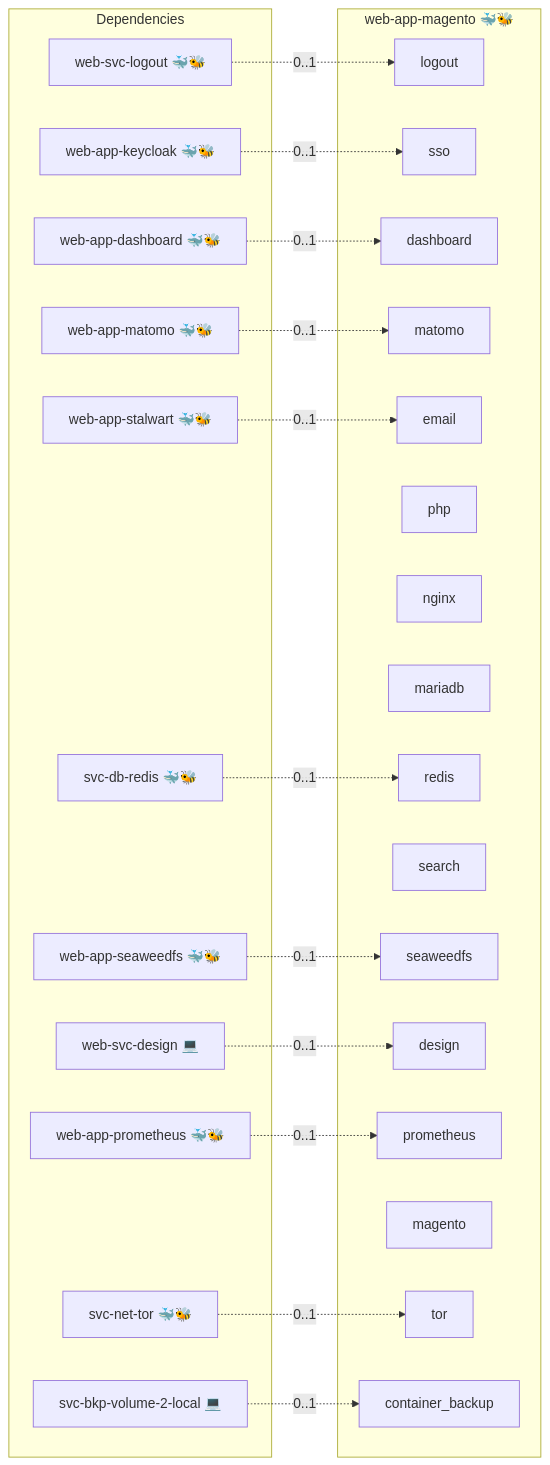
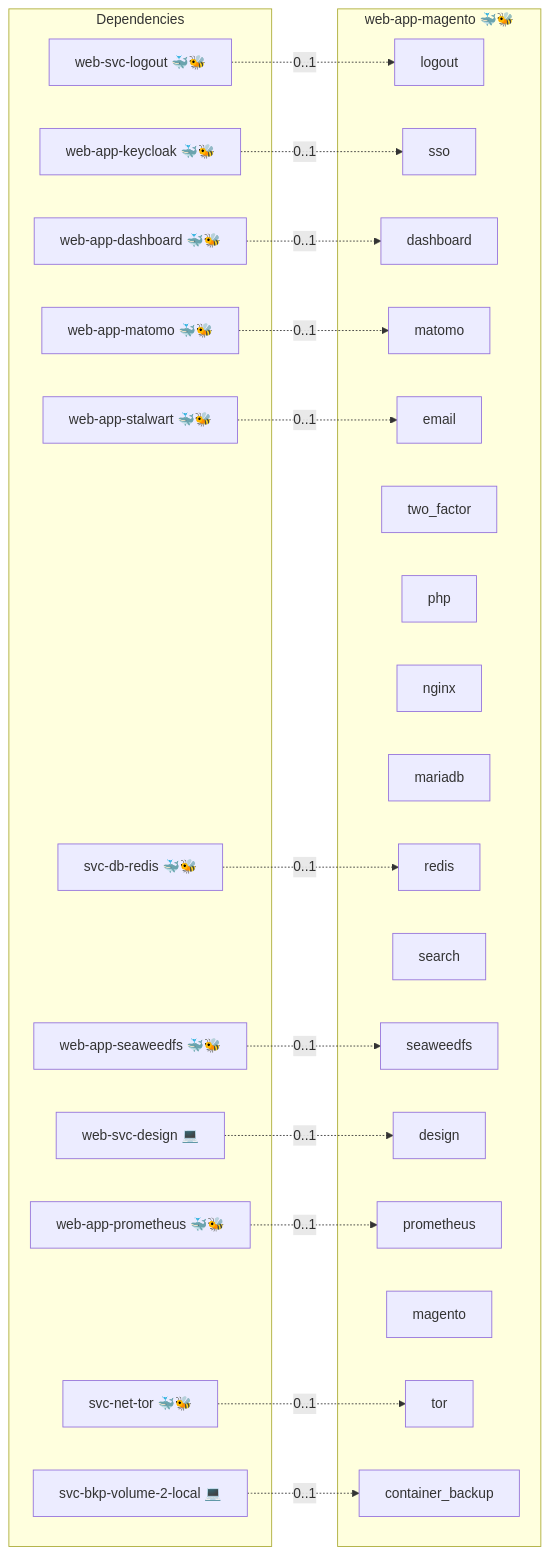
One commit to infinito-nexus/core changed the diagram in roles/web-app-magento/README.md. Above: the diagram before and after it, drawn with Mermaid.

Commit message:
docs(web-app-magento): show the two-factor switch in the service diagram
The generated dependency diagram lists every key of meta/services.yml.
The two_factor flag was added without regenerating the README; make
docs adds its node.

````diff
--- a/roles/web-app-magento/README.md
+++ b/roles/web-app-magento/README.md
@@ -22,45 +22,46 @@
 ```mermaid
 flowchart LR
     subgraph deps [Dependencies]
         dep_svc_bkp_volume_2_local["svc-bkp-volume-2-local 💻"]
         dep_svc_db_redis["svc-db-redis 🐳🐝"]
         dep_svc_net_tor["svc-net-tor 🐳🐝"]
         dep_web_app_dashboard["web-app-dashboard 🐳🐝"]
         dep_web_app_keycloak["web-app-keycloak 🐳🐝"]
         dep_web_app_matomo["web-app-matomo 🐳🐝"]
         dep_web_app_prometheus["web-app-prometheus 🐳🐝"]
         dep_web_app_seaweedfs["web-app-seaweedfs 🐳🐝"]
         dep_web_app_stalwart["web-app-stalwart 🐳🐝"]
         dep_web_svc_design["web-svc-design 💻"]
         dep_web_svc_logout["web-svc-logout 🐳🐝"]
     end
     subgraph role [web-app-magento 🐳🐝]
         svc_logout["logout"]
         svc_sso["sso"]
         svc_dashboard["dashboard"]
         svc_matomo["matomo"]
         svc_email["email"]
+        svc_two_factor["two_factor"]
         svc_php["php"]
         svc_nginx["nginx"]
         svc_mariadb["mariadb"]
         svc_redis["redis"]
         svc_search["search"]
         svc_seaweedfs["seaweedfs"]
         svc_design["design"]
         svc_prometheus["prometheus"]
         svc_magento["magento"]
         svc_tor["tor"]
         svc_container_backup["container_backup"]
     end
     dep_svc_bkp_volume_2_local -. "0..1" .-> svc_container_backup
     dep_svc_db_redis -. "0..1" .-> svc_redis
     dep_svc_net_tor -. "0..1" .-> svc_tor
     dep_web_app_dashboard -. "0..1" .-> svc_dashboard
     dep_web_app_keycloak -. "0..1" .-> svc_sso
     dep_web_app_matomo -. "0..1" .-> svc_matomo
     dep_web_app_prometheus -. "0..1" .-> svc_prometheus
     dep_web_app_seaweedfs -. "0..1" .-> svc_seaweedfs
     dep_web_app_stalwart -. "0..1" .-> svc_email
     dep_web_svc_design -. "0..1" .-> svc_design
     dep_web_svc_logout -. "0..1" .-> svc_logout
 ```
````
